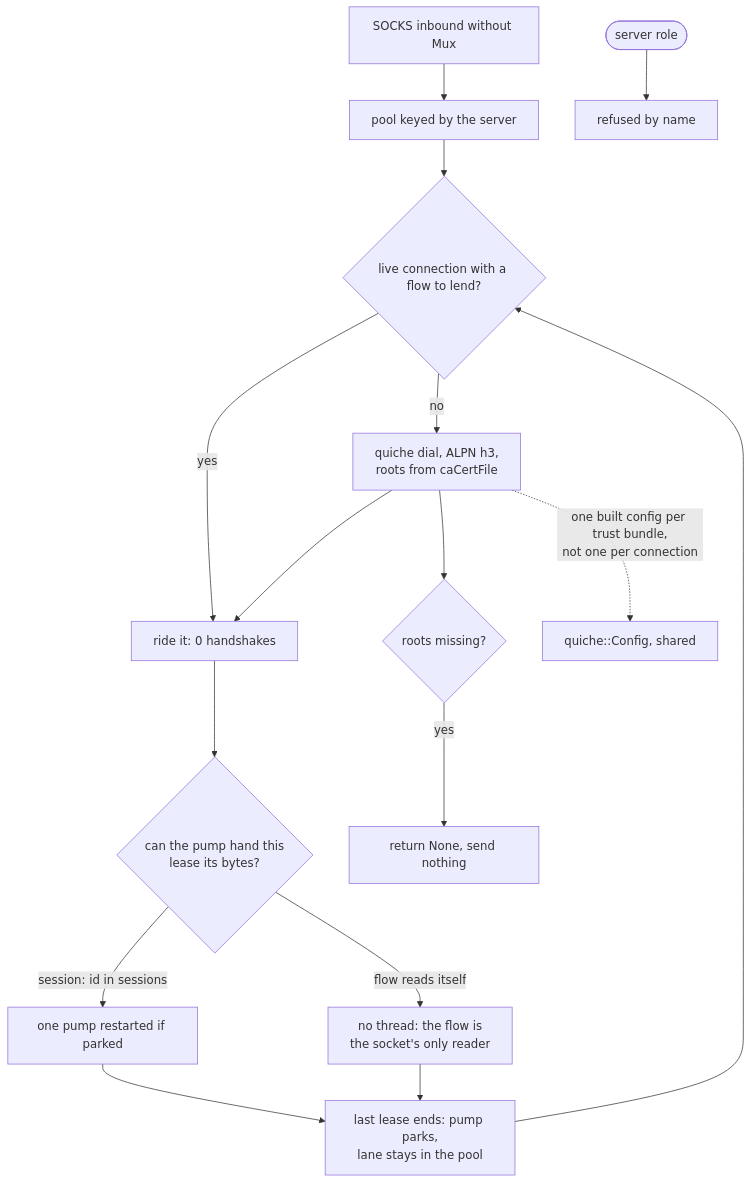
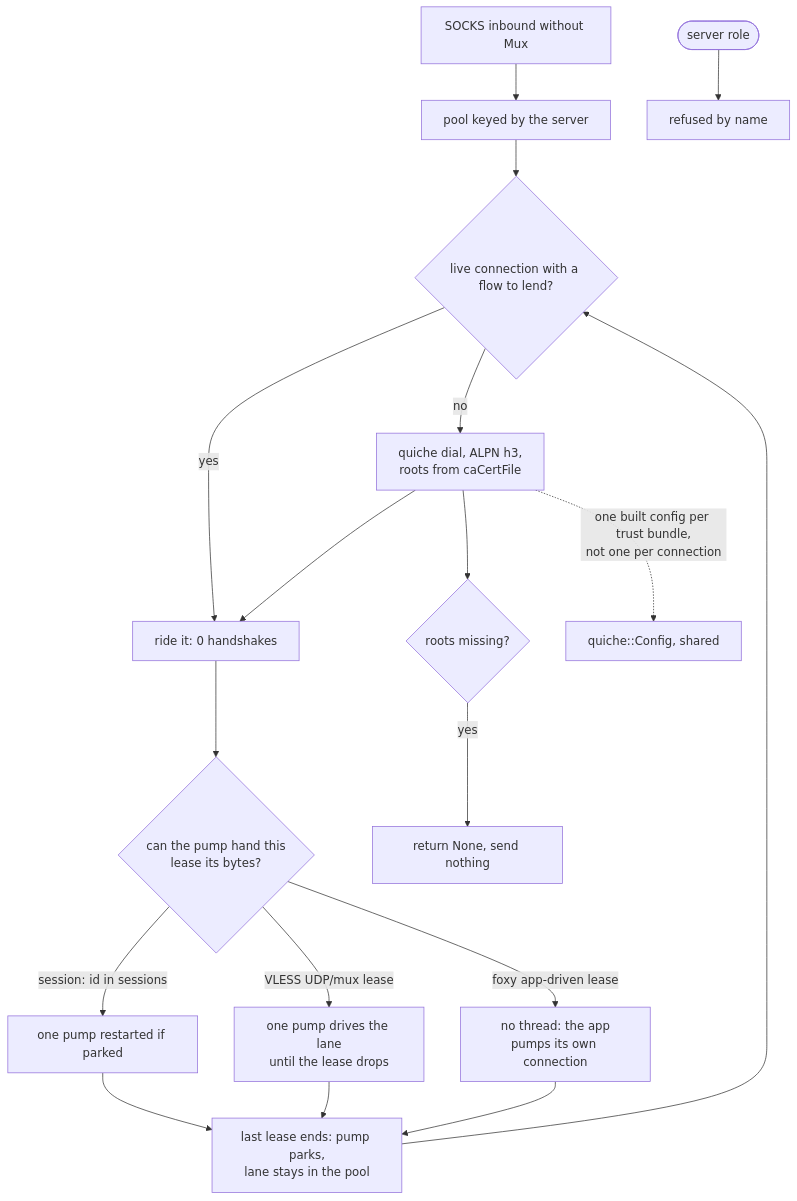
Before and after one commit to Ferrocite/ferrox: the diagram in docs/function/carrier-quic.md, drawn with Mermaid. The commit also changed other lines of this file and 4 other files, not shown here.

Commit message:
vless: carry udp and mux over quic

````diff
--- a/docs/function/carrier-quic.md
+++ b/docs/function/carrier-quic.md
@@ -25,18 +25,20 @@
 ```mermaid
 graph TD
     S["SOCKS inbound without Mux"] --> P["pool keyed by the server"]
     P --> Q{"live connection with a flow to lend?"}
     Q -- yes --> U["ride it: 0 handshakes"]
     Q -- no --> D["quiche dial, ALPN h3,<br/>roots from caCertFile"]
     D --> U
     U --> V{"can the pump hand this<br/>lease its bytes?"}
     V -- "session: id in sessions" --> W["one pump restarted if parked"]
-    V -- "flow reads itself" --> Y["no thread: the flow is<br/>the socket's only reader"]
+    V -- "VLESS UDP/mux lease" --> W2["one pump drives the lane<br/>until the lease drops"]
+    V -- "foxy app-driven lease" --> Y["no thread: the app<br/>pumps its own connection"]
     W --> K["last lease ends: pump parks,<br/>lane stays in the pool"]
+    W2 --> K
     Y --> K
     K --> Q
     D --> N{"roots missing?"}
     N -- yes --> X["return None, send nothing"]
     D -. "one built config per trust bundle,<br/>not one per connection" .-> CF["quiche::Config, shared"]
     H(["server role"]) --> R["refused by name"]
 ```
````
